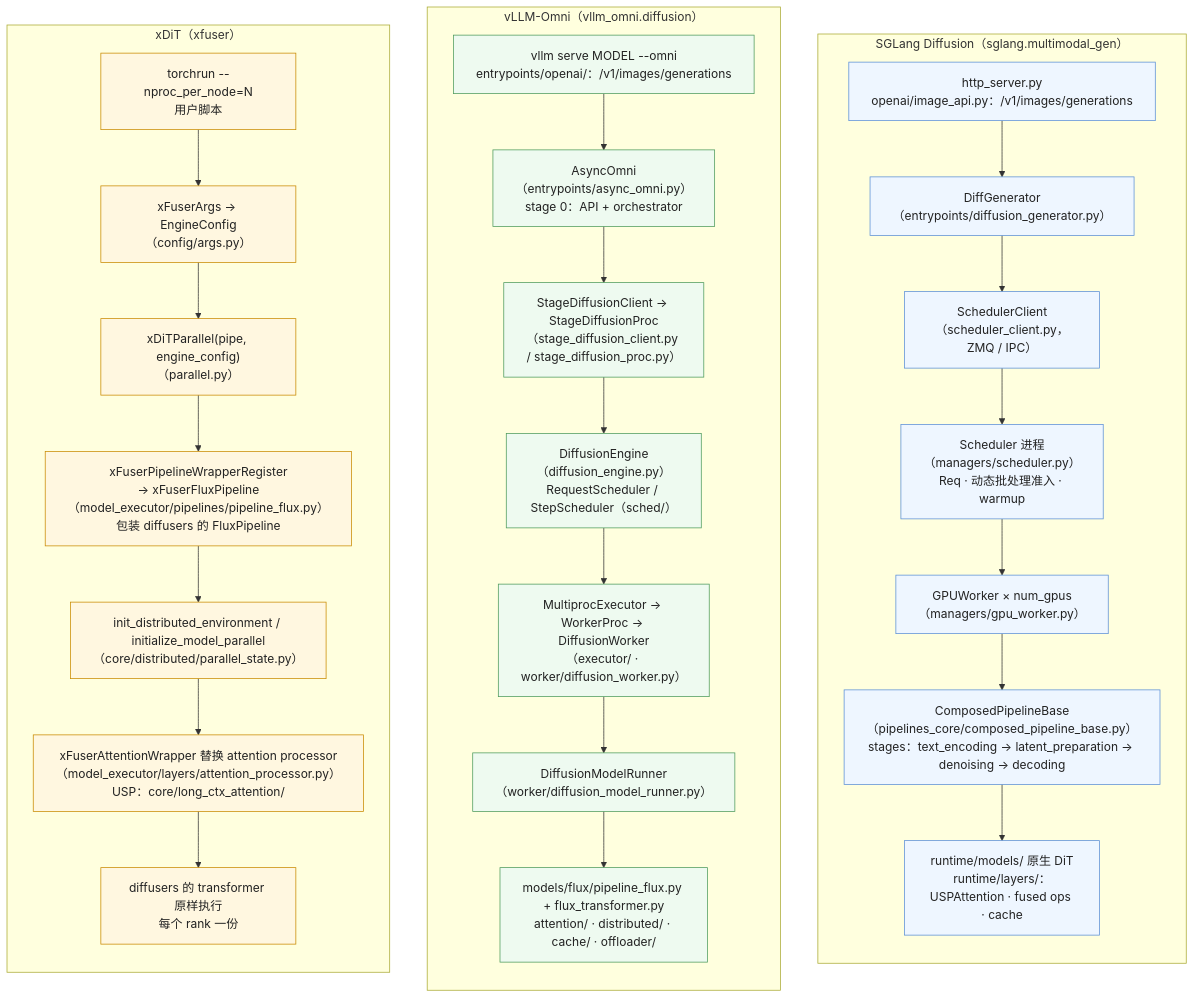
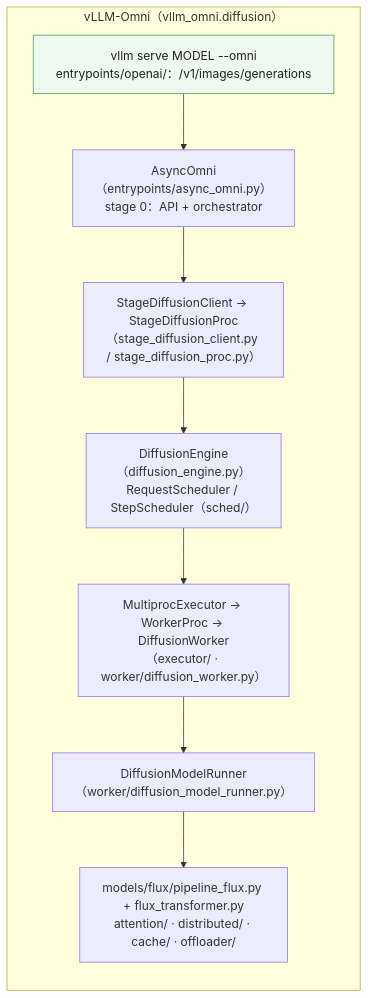
One commit to arganzheng/arganzheng.github.com changed the second of 3 diagrams in _drafts/diffusion-engines-compared-sglang-diffusion-vllm-omni-xdit.md. Above: the diagram before and after it, drawn with Mermaid. The commit also changed 12 other files, not shown here.

Commit message:
扩散模型推理基础设施系列（草稿）：行内公式改 $$、图改纵向、L7 第六篇视频成本按 4LN²d 修正；AGENTS / 备忘录 V2.26

````diff
--- a/_drafts/diffusion-engines-compared-sglang-diffusion-vllm-omni-xdit.md
+++ b/_drafts/diffusion-engines-compared-sglang-diffusion-vllm-omni-xdit.md
@@ -23,48 +42,17 @@
 ```mermaid
 flowchart TB
-    subgraph SG["SGLang Diffusion（sglang.multimodal_gen）"]
-        direction TB
-        SG1["http_server.py
-openai/image_api.py：/v1/images/generations"] --> SG2["DiffGenerator
-（entrypoints/diffusion_generator.py）"] --> SG3["SchedulerClient
-（scheduler_client.py，ZMQ / IPC）"] --> SG4["Scheduler 进程
-（managers/scheduler.py）
-Req · 动态批处理准入 · warmup"] --> SG5["GPUWorker × num_gpus
-（managers/gpu_worker.py）"] --> SG6["ComposedPipelineBase
-（pipelines_core/composed_pipeline_base.py）
-stages：text_encoding → latent_preparation → denoising → decoding"] --> SG7["runtime/models/ 原生 DiT
-runtime/layers/：USPAttention · fused ops · cache"]
-    end
     subgraph VO["vLLM-Omni（vllm_omni.diffusion）"]
         direction TB
         VO1["vllm serve MODEL --omni
 entrypoints/openai/：/v1/images/generations"] --> VO2["AsyncOmni（entrypoints/async_omni.py）
 stage 0：API + orchestrator"] --> VO3["StageDiffusionClient → StageDiffusionProc
 （stage_diffusion_client.py / stage_diffusion_proc.py）"] --> VO4["DiffusionEngine
 （diffusion_engine.py）
 RequestScheduler / StepScheduler（sched/）"] --> VO5["MultiprocExecutor → WorkerProc → DiffusionWorker
 （executor/ · worker/diffusion_worker.py）"] --> VO6["DiffusionModelRunner
 （worker/diffusion_model_runner.py）"] --> VO7["models/flux/pipeline_flux.py + flux_transformer.py
 attention/ · distributed/ · cache/ · offloader/"]
     end
-    subgraph XD["xDiT（xfuser）"]
-        direction TB
-        XD1["torchrun --nproc_per_node=N
-用户脚本"] --> XD2["xFuserArgs → EngineConfig
-（config/args.py）"] --> XD3["xDiTParallel(pipe, engine_config)
-（parallel.py）"] --> XD4["xFuserPipelineWrapperRegister
-→ xFuserFluxPipeline（model_executor/pipelines/pipeline_flux.py）
-包装 diffusers 的 FluxPipeline"] --> XD5["init_distributed_environment / initialize_model_parallel
-（core/distributed/parallel_state.py）"] --> XD6["xFuserAttentionWrapper 替换 attention processor
-（model_executor/layers/attention_processor.py）
-USP：core/long_ctx_attention/"] --> XD7["diffusers 的 transformer 原样执行
-每个 rank 一份"]
-    end
-
-    classDef sg fill:#eef6ff,stroke:#5b8fd6,color:#222
     classDef vo fill:#eefaf0,stroke:#4d9a5c,color:#222
-    classDef xd fill:#fff7e0,stroke:#c98a00,color:#222
-    class SG1,SG2,SG3,SG4,SG5,SG6,SG7 sg
-    class VO1,VO2,VO3,VO4,VO5,VO6,VO7 vo
-    class XD1,XD2,XD3,XD4,XD5,XD6,XD7 xd
+    class VO1 vo
 ```
````
